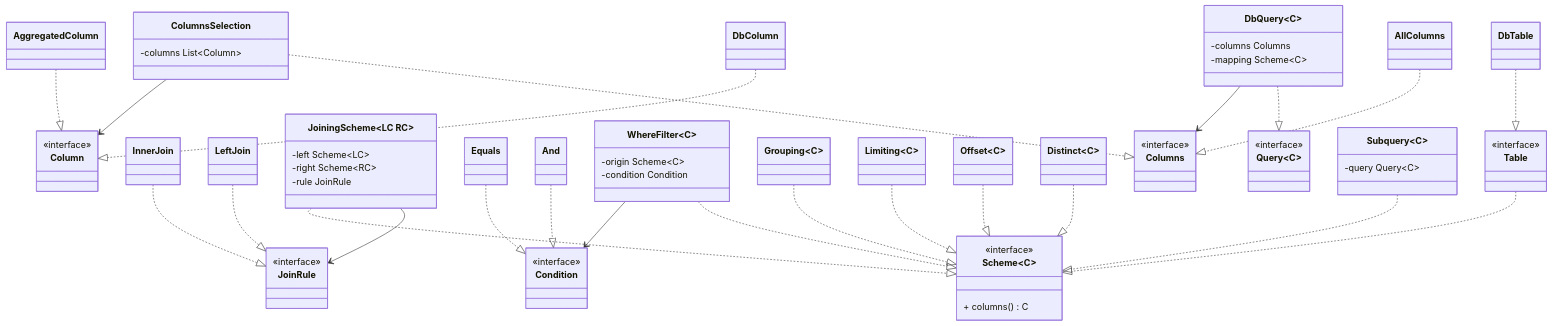
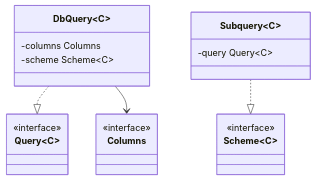
One commit to safarislava/QueryBricks changed the sixth of 6 diagrams in docs/domain.md. Above: the diagram before and after it, drawn with Mermaid.

Commit message:
docs: Split on multiple schemes

````diff
--- a/docs/domain.md
+++ b/docs/domain.md
@@ -2,92 +120,11 @@
 classDiagram
     class Scheme~C~ {
         <<interface>>
-        + columns() C
     }
-
-    class Table {
-        <<interface>>
-    }
-    Table ..|> Scheme
-
-    class DbTable
-    DbTable ..|> Table
-
-    class JoinRule {
-        <<interface>>
-    }
-
-    class InnerJoin
-    InnerJoin ..|> JoinRule
-    class LeftJoin
-    LeftJoin ..|> JoinRule
-
-    class JoiningScheme~LC RC~ {
-        -left Scheme~LC~
-        -right Scheme~RC~
-        -rule JoinRule
-    }
-    JoiningScheme --> JoinRule
-    JoiningScheme ..|> Scheme
-
-    class Condition {
-        <<interface>>
-    }
-
-    class Equals
-    Equals ..|> Condition
-    class And
-    And ..|> Condition
-
-    class WhereFilter~C~ {
-        -origin Scheme~C~
-        -condition Condition
-    }
-    %% надо сделать так, чтобы WHERE нельзя было писать после GROUP BY
-    WhereFilter ..|> Scheme
-    WhereFilter --> Condition
-
-    class Grouping~C~
-    Grouping ..|> Scheme
-
-    class Limiting~C~
-    Limiting ..|> Scheme
-
-    class Offset~C~
-    Offset ..|> Scheme
-
-    class Distinct~C~
-    Distinct ..|> Scheme
-
-    %% спроектировать HAVING
-
-    class Column {
-        <<interface>>
-    }
-
-    class DbColumn
-    DbColumn ..|> Column
-
-    class AggregatedColumn
-    AggregatedColumn ..|> Column
 
     class Columns {
         <<interface>>
     }
-
-    class AllColumns
-    AllColumns ..|> Columns
-
-    class ColumnsSelection {
-        -columns List~Column~
-    }
-    ColumnsSelection ..|> Columns
-    ColumnsSelection --> Column
-
-    class Subquery~C~ {
-        -query Query~C~
-    }
-    Subquery ..|> Scheme
 
     class Query~C~ {
         <<interface>>
@@ -95,10 +132,15 @@
 
     class DbQuery~C~ {
         -columns Columns
-        -mapping Scheme~C~
+        -scheme Scheme~C~
     }
     DbQuery ..|> Query
     DbQuery --> Columns
 
+    class Subquery~C~ {
+        -query Query~C~
+    }
+    Subquery ..|> Scheme
+
     %% алиасы для таблиц и столбцов
 ```
````
